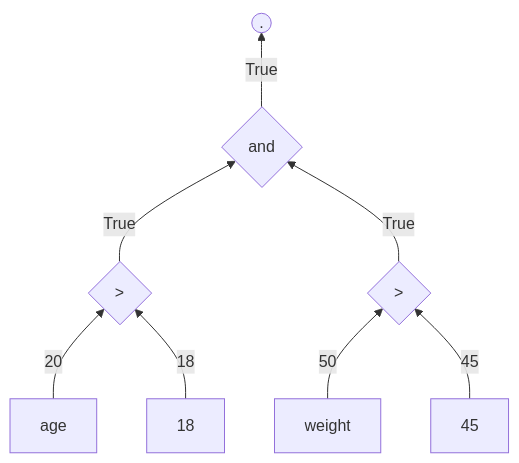
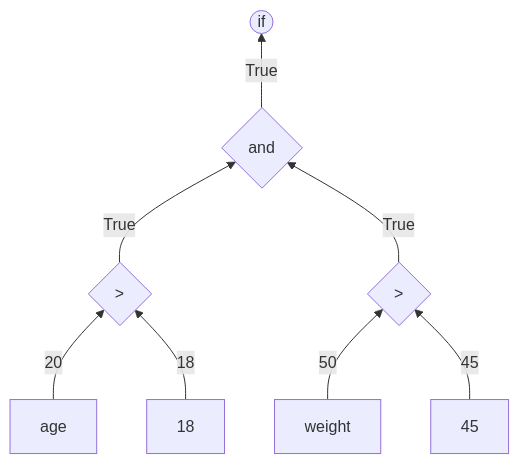
The fifth of 16 diagrams in book/chapters/03_control_flow/a_control_flow.qmd (hanoufalmogri/python), drawn with Mermaid before and after one commit. The commit also changed other lines of this file and 5 other files, not shown here.

Commit message:
Chapters 2 and 3: numbers and control-flow; add apps and problems to cover the sub-topics

````diff
--- a/book/chapters/03_control_flow/a_control_flow.qmd
+++ b/book/chapters/03_control_flow/a_control_flow.qmd
@@ -183,12 +186,12 @@
 ```{mermaid}
 graph BT
-  RESULT((.))
+  RESULT((if))
   ROOT{and} -- True --> RESULT
   middle_left{"&gt;"} -- True --> ROOT
   middle_right{"&gt;"} -- True --> ROOT
   left_left[age] -- "20" --> middle_left
   left_right[18] -- "18" --> middle_left
   right_left[weight] -- "50" --> middle_right
   right_right[45] -- "45" --> middle_right
 
 ```
````
